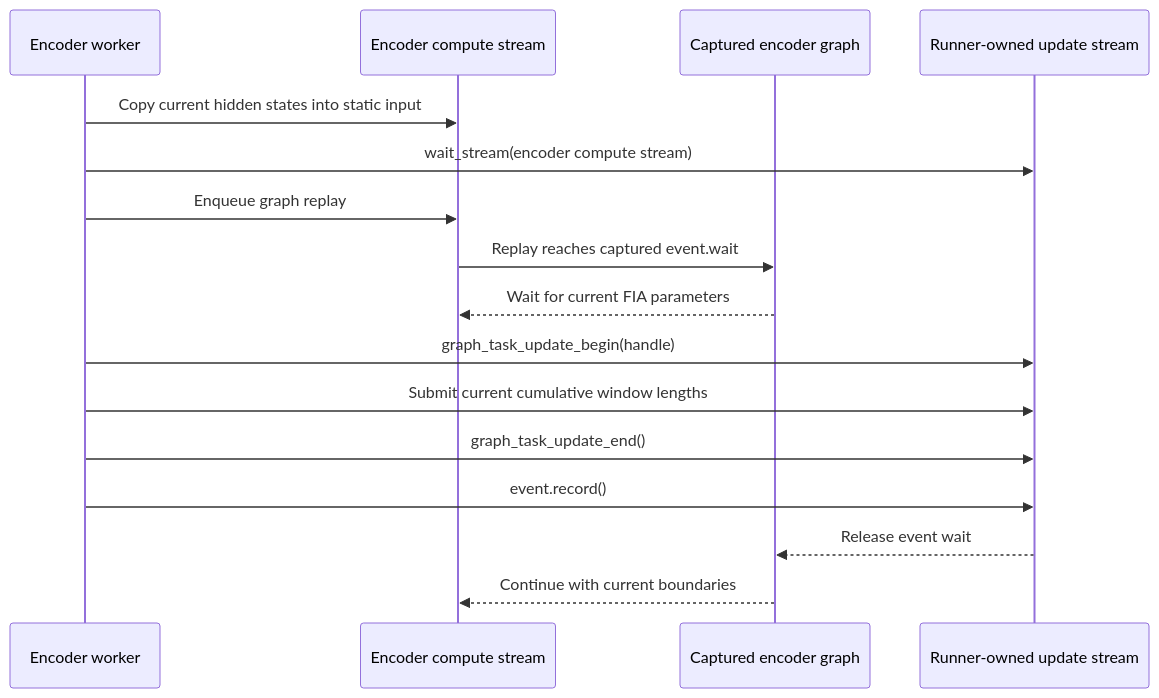
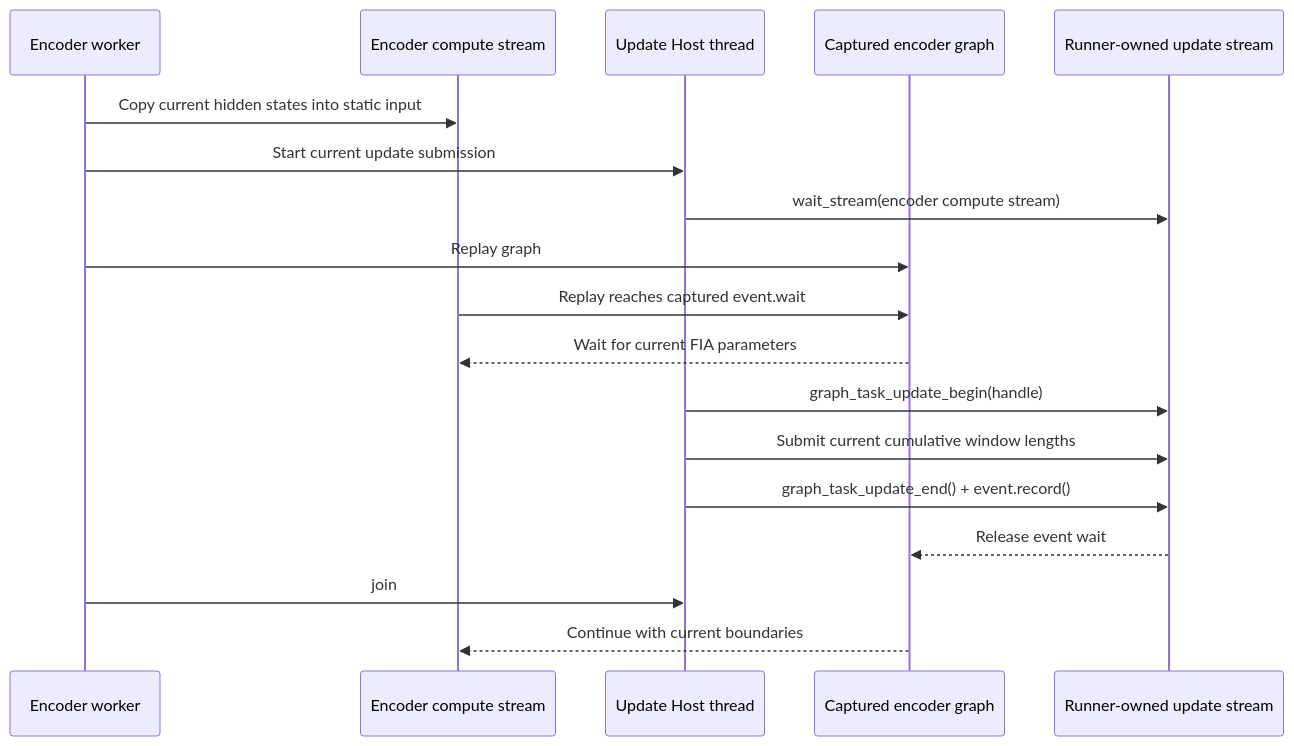
Before and after one commit to wangyao-i/engineering-notes: the second of 2 diagrams in sglang-omni/qwen3-asr-ascend-graph-debugging.en.md, drawn with Mermaid. The commit also changed other lines of this file and 1 other file, not shown here.

Commit message:
docs: align Qwen3-ASR Ascend graph design

````diff
--- a/sglang-omni/qwen3-asr-ascend-graph-debugging.en.md
+++ b/sglang-omni/qwen3-asr-ascend-graph-debugging.en.md
@@ -153,19 +151,21 @@
 ```mermaid
 sequenceDiagram
     participant EW as Encoder worker
     participant ES as Encoder compute stream
+    participant UT as Update Host thread
     participant G as Captured encoder graph
     participant US as Runner-owned update stream
 
     EW->>ES: Copy current hidden states into static input
-    EW->>US: wait_stream(encoder compute stream)
-    EW->>ES: Enqueue graph replay
+    EW->>UT: Start current update submission
+    UT->>US: wait_stream(encoder compute stream)
+    EW->>G: Replay graph
     ES->>G: Replay reaches captured event.wait
     G-->>ES: Wait for current FIA parameters
-    EW->>US: graph_task_update_begin(handle)
-    EW->>US: Submit current cumulative window lengths
-    EW->>US: graph_task_update_end()
-    EW->>US: event.record()
+    UT->>US: graph_task_update_begin(handle)
+    UT->>US: Submit current cumulative window lengths
+    UT->>US: graph_task_update_end() + event.record()
     US-->>G: Release event wait
+    EW->>UT: join
     G-->>ES: Continue with current boundaries
 ```
````
